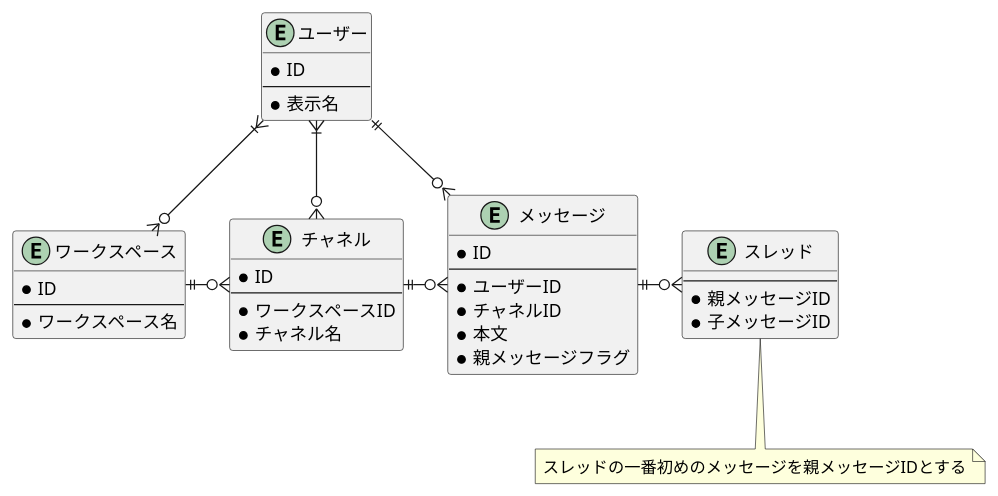
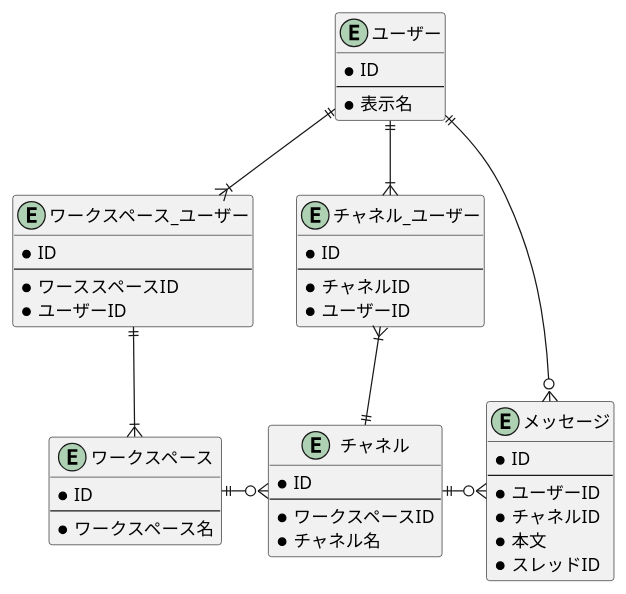
Before and after one commit to yudai64/PrAha-Challenge: the diagram in DB/02/work/ER.puml, drawn with PlantUML. The commit also changed 2 other files, not shown here.

```diff
--- a/DB/02/work/ER.puml
+++ b/DB/02/work/ER.puml
@@ -1,53 +1,53 @@
 @startuml
 
-' hide the spot
-' hide circle
-
-' avoid problems with angled crows feet
-' skinparam linetype ortho
+entity "ユーザー" {
+    *ID
+    --
+    *表示名
+}
 
 entity "ワークスペース" {
     *ID
     --
     *ワークスペース名
 }
 
 entity "チャネル" {
     *ID
     --
     *ワークスペースID
     *チャネル名
 }
 
+entity "ワークスペース_ユーザー" {
+    *ID
+    --
+    *ワーススペースID
+    *ユーザーID
+}
+
+entity "チャネル_ユーザー" {
+    *ID
+    --
+    *チャネルID
+    *ユーザーID
+}
+
 entity "メッセージ" {
     *ID
     --
     *ユーザーID
     *チャネルID
     *本文
-    *親メッセージフラグ
+    *スレッドID
 }
 
-entity "スレッド" {
-    --
-    *親メッセージID
-    *子メッセージID
-}
-
-
-entity "ユーザー" {
-    *ID
-    --
-    *表示名
-}
-
+ユーザー ||-d-|{ ワークスペース_ユーザー
+ワークスペース_ユーザー ||-d-|{ ワークスペース
+ユーザー ||-d-|{ チャネル_ユーザー
+チャネル_ユーザー }|-d-|| チャネル
+ユーザー ||-d-o{ メッセージ
 ワークスペース ||-r-o{ チャネル
 チャネル ||-r-o{ メッセージ
-メッセージ ||-r-o{ スレッド
-ユーザー }|-d-o{ ワークスペース
-ユーザー }|-d-o{ チャネル
-ユーザー ||-d-o{ メッセージ
-
-note bottom of スレッド : スレッドの一番初めのメッセージを親メッセージIDとする
 
 @enduml
```
